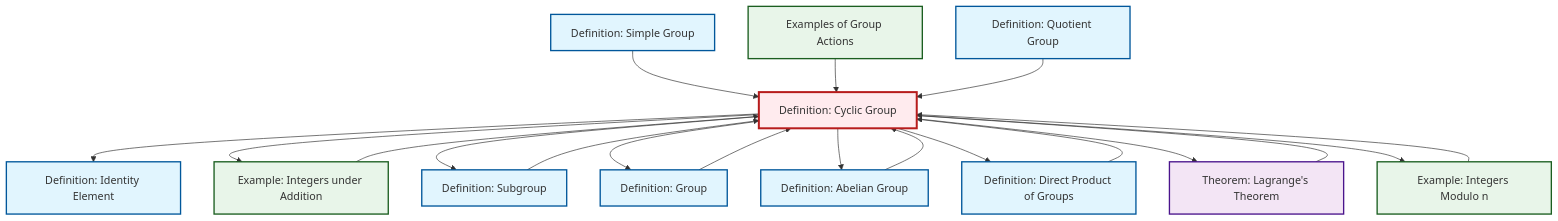
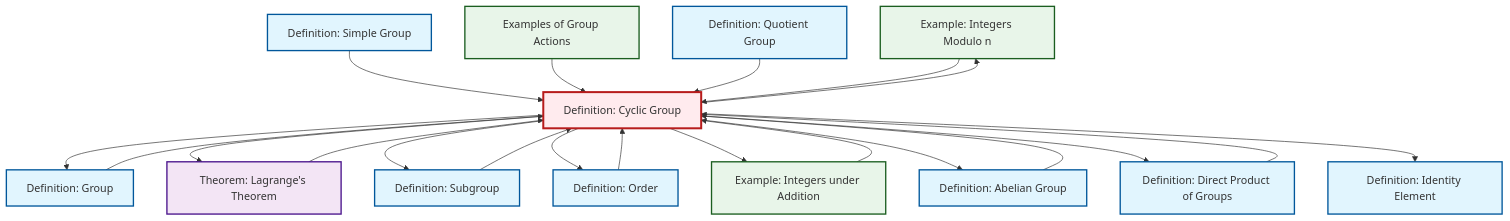
One commit to RK0429/ModernMath changed the diagram in content/ja/algebra/def-cyclic-group.qmd. Above: the diagram before and after it, drawn with Mermaid. The commit also changed other lines of this file and 36 other files, not shown here.

````diff
--- a/content/ja/algebra/def-cyclic-group.qmd
+++ b/content/ja/algebra/def-cyclic-group.qmd
@@ -99,51 +101,55 @@
 ```{mermaid}
 %%| fig-cap: "Local dependency graph"
 graph TD
     classDef definition fill:#e1f5fe,stroke:#01579b,stroke-width:2px
     classDef theorem fill:#f3e5f5,stroke:#4a148c,stroke-width:2px
     classDef axiom fill:#fff3e0,stroke:#e65100,stroke-width:2px
     classDef example fill:#e8f5e9,stroke:#1b5e20,stroke-width:2px
     classDef current fill:#ffebee,stroke:#b71c1c,stroke-width:3px
+    ex-quotient-integers-mod-n["Example: Integers Modulo n"]:::example
+    def-group["Definition: Group"]:::definition
+    def-cyclic-group["Definition: Cyclic Group"]:::definition
+    thm-lagrange["Theorem: Lagrange's Theorem"]:::theorem
     def-quotient-group["Definition: Quotient Group"]:::definition
+    def-subgroup["Definition: Subgroup"]:::definition
+    def-order["Definition: Order"]:::definition
+    def-simple-group["Definition: Simple Group"]:::definition
     def-direct-product["Definition: Direct Product of Groups"]:::definition
+    def-identity-element["Definition: Identity Element"]:::definition
+    ex-integers-addition["Example: Integers under Addition"]:::example
     def-abelian-group["Definition: Abelian Group"]:::definition
-    def-subgroup["Definition: Subgroup"]:::definition
-    ex-integers-addition["Example: Integers under Addition"]:::example
-    def-cyclic-group["Definition: Cyclic Group"]:::definition
-    ex-quotient-integers-mod-n["Example: Integers Modulo n"]:::example
-    def-simple-group["Definition: Simple Group"]:::definition
-    def-group["Definition: Group"]:::definition
     ex-group-action-examples["Examples of Group Actions"]:::example
-    thm-lagrange["Theorem: Lagrange's Theorem"]:::theorem
-    def-identity-element["Definition: Identity Element"]:::definition
+    def-direct-product --> def-cyclic-group
     def-simple-group --> def-cyclic-group
+    def-order --> def-cyclic-group
+    def-group --> def-cyclic-group
+    def-cyclic-group --> def-group
+    ex-group-action-examples --> def-cyclic-group
+    def-cyclic-group --> thm-lagrange
+    def-cyclic-group --> def-subgroup
+    def-cyclic-group --> def-order
+    def-cyclic-group --> ex-integers-addition
+    def-cyclic-group --> def-abelian-group
+    def-quotient-group --> def-cyclic-group
+    def-abelian-group --> def-cyclic-group
     ex-integers-addition --> def-cyclic-group
-    ex-group-action-examples --> def-cyclic-group
+    def-subgroup --> def-cyclic-group
+    def-cyclic-group --> def-direct-product
+    def-cyclic-group --> def-identity-element
+    def-cyclic-group --> ex-quotient-integers-mod-n
+    thm-lagrange --> def-cyclic-group
     ex-quotient-integers-mod-n --> def-cyclic-group
-    def-quotient-group --> def-cyclic-group
-    def-direct-product --> def-cyclic-group
-    def-subgroup --> def-cyclic-group
-    def-cyclic-group --> def-identity-element
-    def-group --> def-cyclic-group
-    def-abelian-group --> def-cyclic-group
-    def-cyclic-group --> ex-integers-addition
-    thm-lagrange --> def-cyclic-group
-    def-cyclic-group --> def-subgroup
-    def-cyclic-group --> def-group
-    def-cyclic-group --> def-abelian-group
-    def-cyclic-group --> def-direct-product
-    def-cyclic-group --> thm-lagrange
-    def-cyclic-group --> ex-quotient-integers-mod-n
     class def-cyclic-group current
+    click ex-quotient-integers-mod-n "ex-quotient-integers-mod-n.html" "Example: Integers Modulo nへ"
+    click def-group "def-group.html" "Definition: Groupへ"
+    click thm-lagrange "thm-lagrange.html" "Theorem: Lagrange's Theoremへ"
     click def-quotient-group "def-quotient-group.html" "Definition: Quotient Groupへ"
+    click def-subgroup "def-subgroup.html" "Definition: Subgroupへ"
+    click def-order "def-order.html" "Definition: Orderへ"
+    click def-simple-group "def-simple-group.html" "Definition: Simple Groupへ"
     click def-direct-product "def-direct-product.html" "Definition: Direct Product of Groupsへ"
+    click def-identity-element "def-identity-element.html" "Definition: Identity Elementへ"
+    click ex-integers-addition "ex-integers-addition.html" "Example: Integers under Additionへ"
     click def-abelian-group "def-abelian-group.html" "Definition: Abelian Groupへ"
-    click def-subgroup "def-subgroup.html" "Definition: Subgroupへ"
-    click ex-integers-addition "ex-integers-addition.html" "Example: Integers under Additionへ"
-    click ex-quotient-integers-mod-n "ex-quotient-integers-mod-n.html" "Example: Integers Modulo nへ"
-    click def-simple-group "def-simple-group.html" "Definition: Simple Groupへ"
-    click def-group "def-group.html" "Definition: Groupへ"
     click ex-group-action-examples "ex-group-action-examples.html" "Examples of Group Actionsへ"
-    click thm-lagrange "thm-lagrange.html" "Theorem: Lagrange's Theoremへ"
-    click def-identity-element "def-identity-element.html" "Definition: Identity Elementへ"
 ```
````
